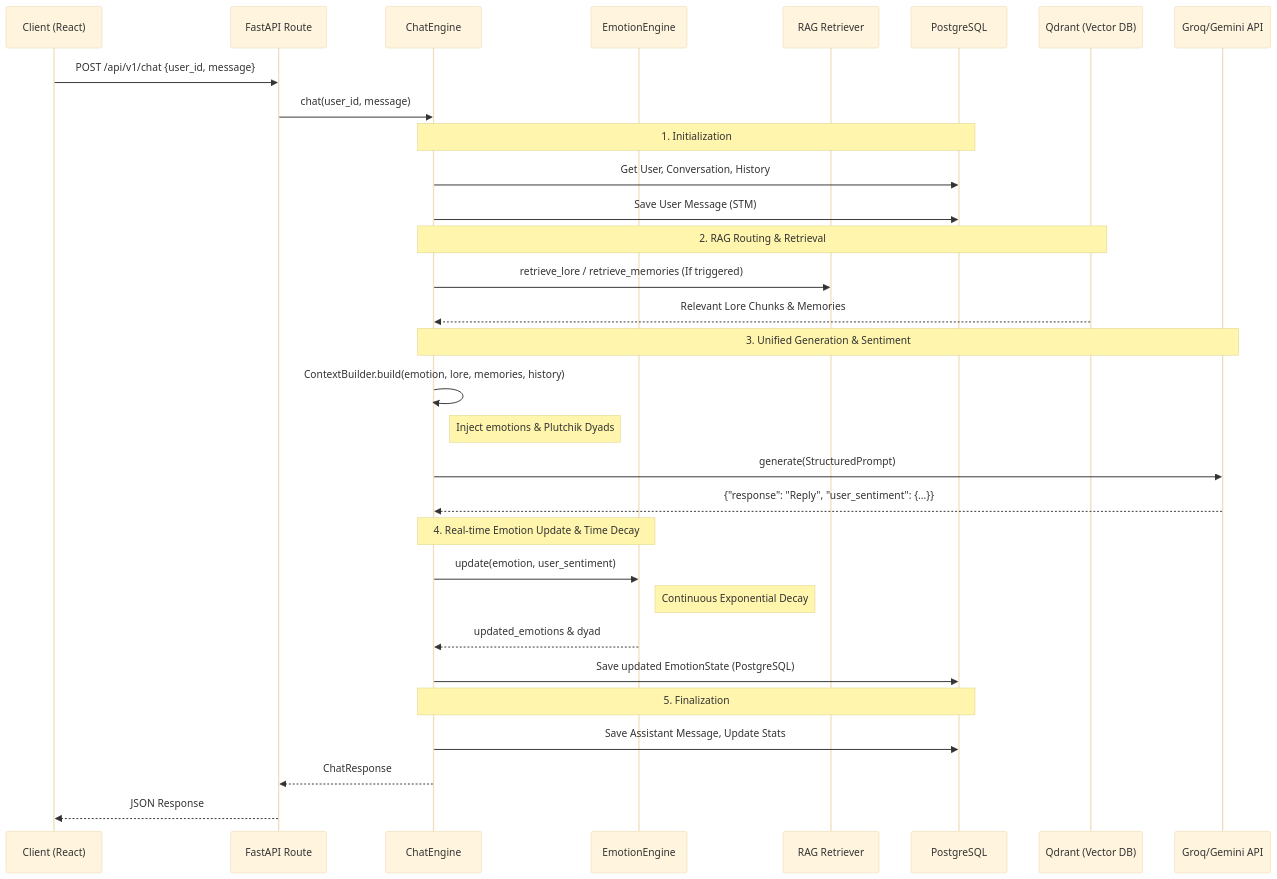
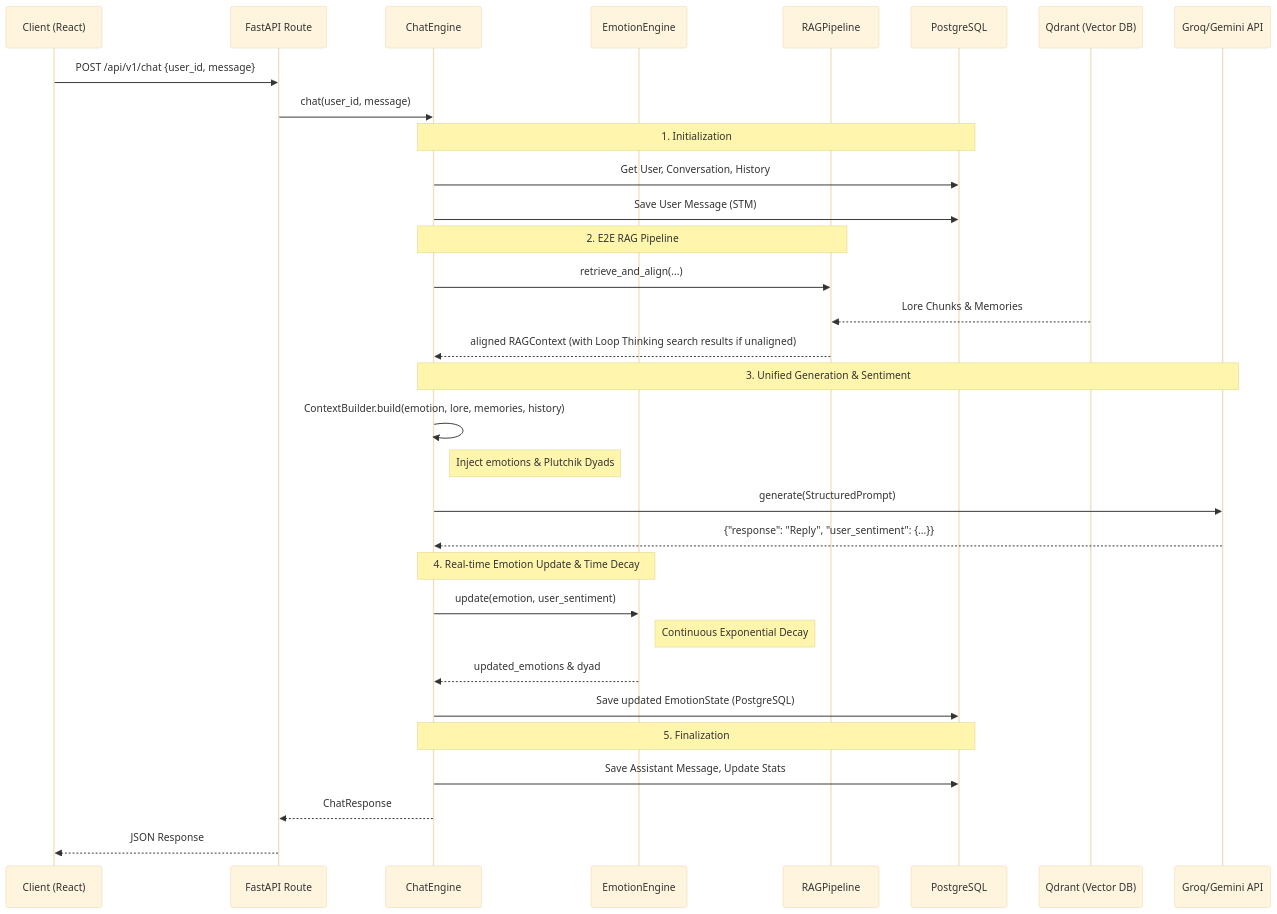
Before and after one commit to HoanBuCon/Kuchiba-Chisa: the diagram in WALKTHROUGH.md, drawn with Mermaid (base theme). The commit also changed other lines of this file and 68 other files, not shown here.

First line of the commit message:
refactor: optimize RAG query generation, decode HTML entities in web search, and enhance visualizer UI

````diff
--- a/WALKTHROUGH.md
+++ b/WALKTHROUGH.md
@@ -93,40 +205,41 @@
 ```mermaid
 sequenceDiagram
     participant C as Client (React)
     participant API as FastAPI Route
     participant CE as ChatEngine
     participant EE as EmotionEngine
-    participant RAG as RAG Retriever
+    participant RAG as RAGPipeline
     participant DB as PostgreSQL
     participant QD as Qdrant (Vector DB)
     participant LLM as Groq/Gemini API
     
     C->>API: POST /api/v1/chat {user_id, message}
     API->>CE: chat(user_id, message)
     
     Note over CE,DB: 1. Initialization
     CE->>DB: Get User, Conversation, History
     CE->>DB: Save User Message (STM)
     
-    Note over CE,QD: 2. RAG Routing & Retrieval
-    CE->>RAG: retrieve_lore / retrieve_memories (If triggered)
-    QD-->>CE: Relevant Lore Chunks & Memories
+    Note over CE,RAG: 2. E2E RAG Pipeline
+    CE->>RAG: retrieve_and_align(...)
+    QD-->>RAG: Lore Chunks & Memories
+    RAG-->>CE: aligned RAGContext (with Loop Thinking search results if unaligned)
     
     Note over CE,LLM: 3. Unified Generation & Sentiment
     CE->>CE: ContextBuilder.build(emotion, lore, memories, history)
     Note right of CE: Inject emotions & Plutchik Dyads
     CE->>LLM: generate(StructuredPrompt)
     LLM-->>CE: {"response": "Reply", "user_sentiment": {...}}
     
     Note over CE,EE: 4. Real-time Emotion Update & Time Decay
     CE->>EE: update(emotion, user_sentiment)
     Note right of EE: Continuous Exponential Decay
     EE-->>CE: updated_emotions & dyad
     CE->>DB: Save updated EmotionState (PostgreSQL)
     
     Note over CE,DB: 5. Finalization
     CE->>DB: Save Assistant Message, Update Stats
     
     CE-->>API: ChatResponse
     API-->>C: JSON Response
 ```
````
